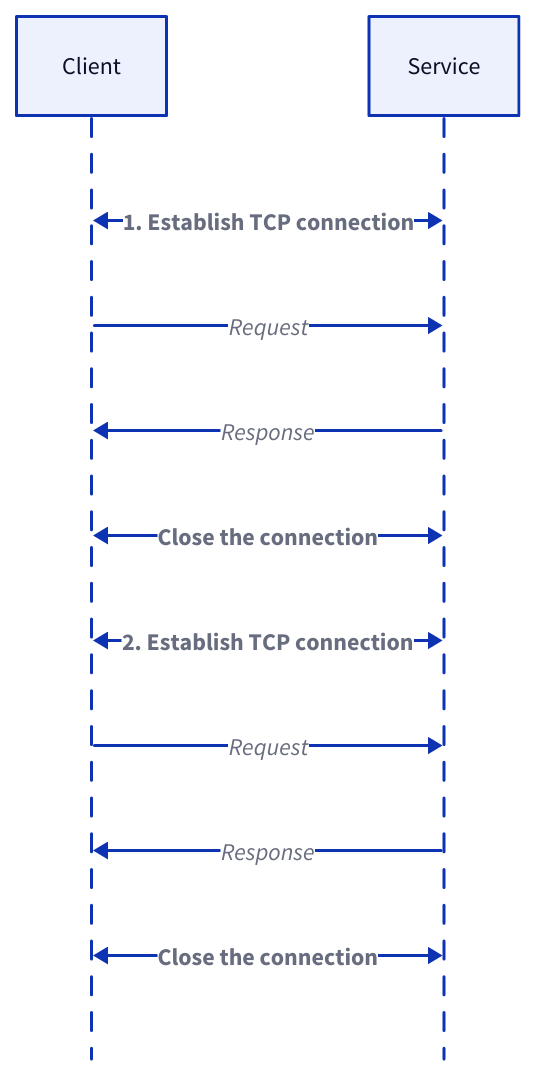
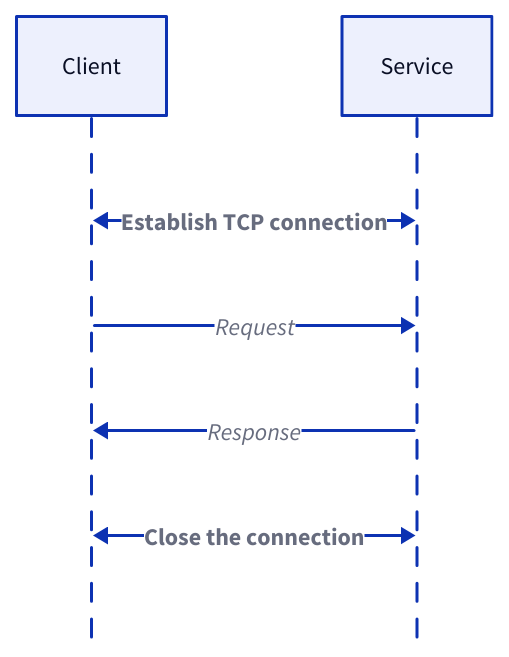
Before and after one commit to link1905/system-design-101: the first of 12 diagrams in content/docs/web-service/communication-protocols/_index.md, drawn with D2. The commit also changed other lines of this file and 49 other files, not shown here.

````diff
--- a/content/docs/web-service/communication-protocols/_index.md
+++ b/content/docs/web-service/communication-protocols/_index.md
@@ -20,25 +22,17 @@
 ```d2
 shape: sequence_diagram
 c: Client {
     class: client
 }
 s: Service {
     class: server
 }
-c <-> s: 1. Establish TCP connection {
-  style.bold: true
-}
-c -> s: Request
-c <- s: Response
-c <-> s: Close the connection {
-  style.bold: true
-}
-c <-> s: 2. Establish TCP connection {
+c <-> s: Establish TCP connection {
   style.bold: true
 }
 c -> s: Request
 c <- s: Response
 c <-> s: Close the connection {
   style.bold: true
 }
 ```
````
